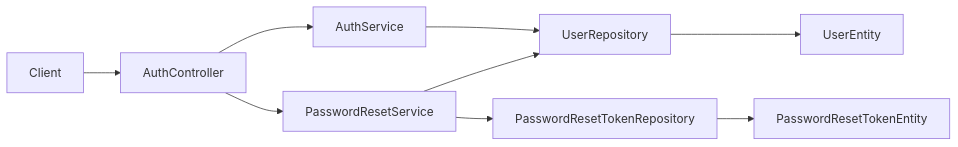
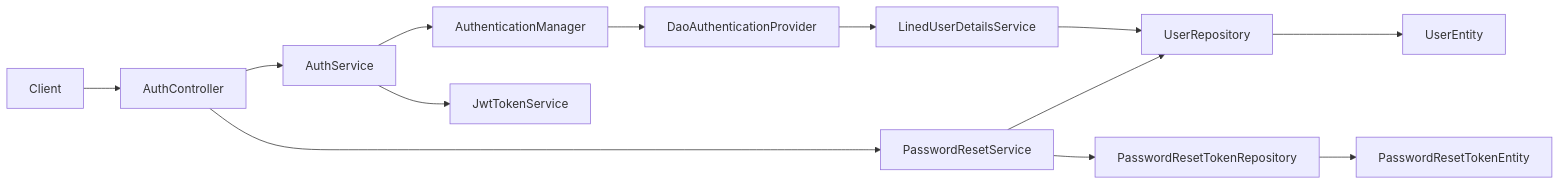
The diagram in backend/lined/docs/product/authentication/CONTEXT.md (Pan14ek/lined), drawn with Mermaid before and after one commit. The commit also changed other lines of this file and 2 other files, not shown here.

Commit message:
Document credential authentication contract

````diff
--- a/backend/lined/docs/product/authentication/CONTEXT.md
+++ b/backend/lined/docs/product/authentication/CONTEXT.md
@@ -37,11 +41,15 @@
 ```mermaid
 flowchart LR
   Client --> Controller[AuthController]
   Controller --> Login[AuthService]
+  Login --> Manager[AuthenticationManager]
+  Manager --> Provider[DaoAuthenticationProvider]
+  Provider --> Details[LinedUserDetailsService]
+  Details --> Users[UserRepository]
+  Login --> Jwt[JwtTokenService]
   Controller --> Reset[PasswordResetService]
-  Login --> Users[UserRepository]
   Reset --> Tokens[PasswordResetTokenRepository]
   Reset --> Users
   Tokens --> TokenEntity[PasswordResetTokenEntity]
   Users --> UserEntity[UserEntity]
 ```
````
